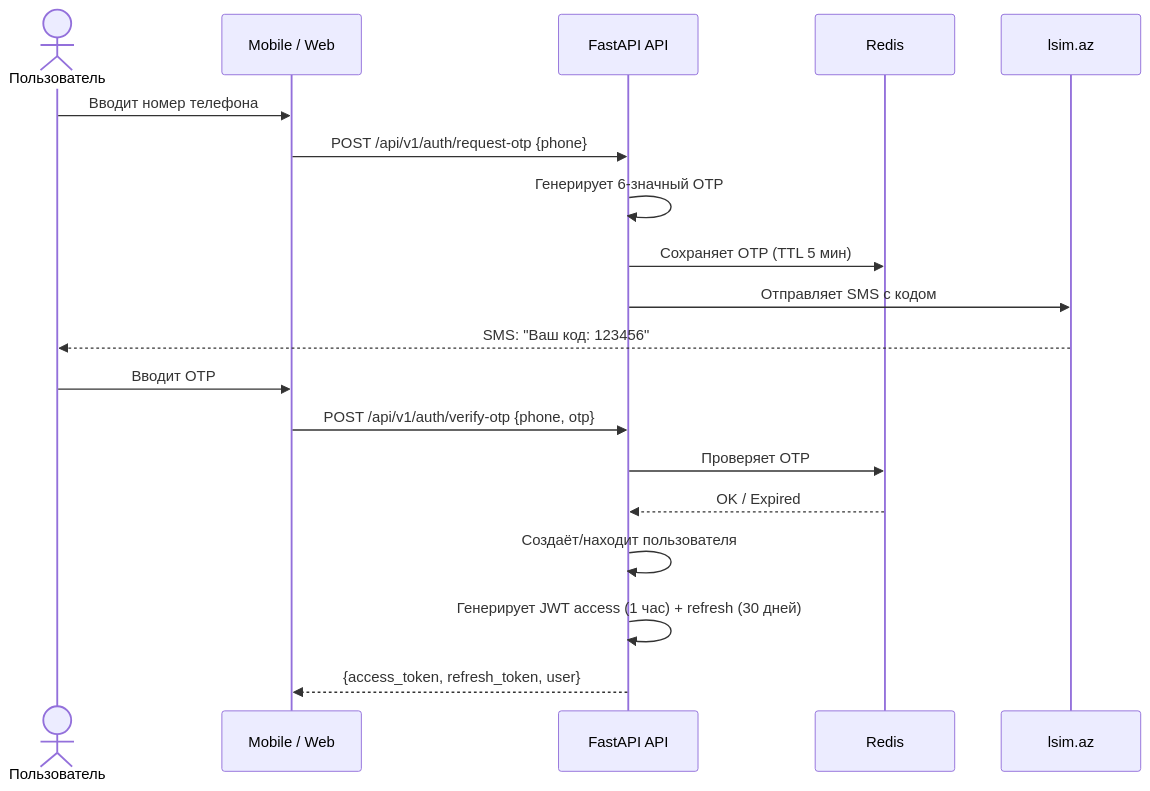
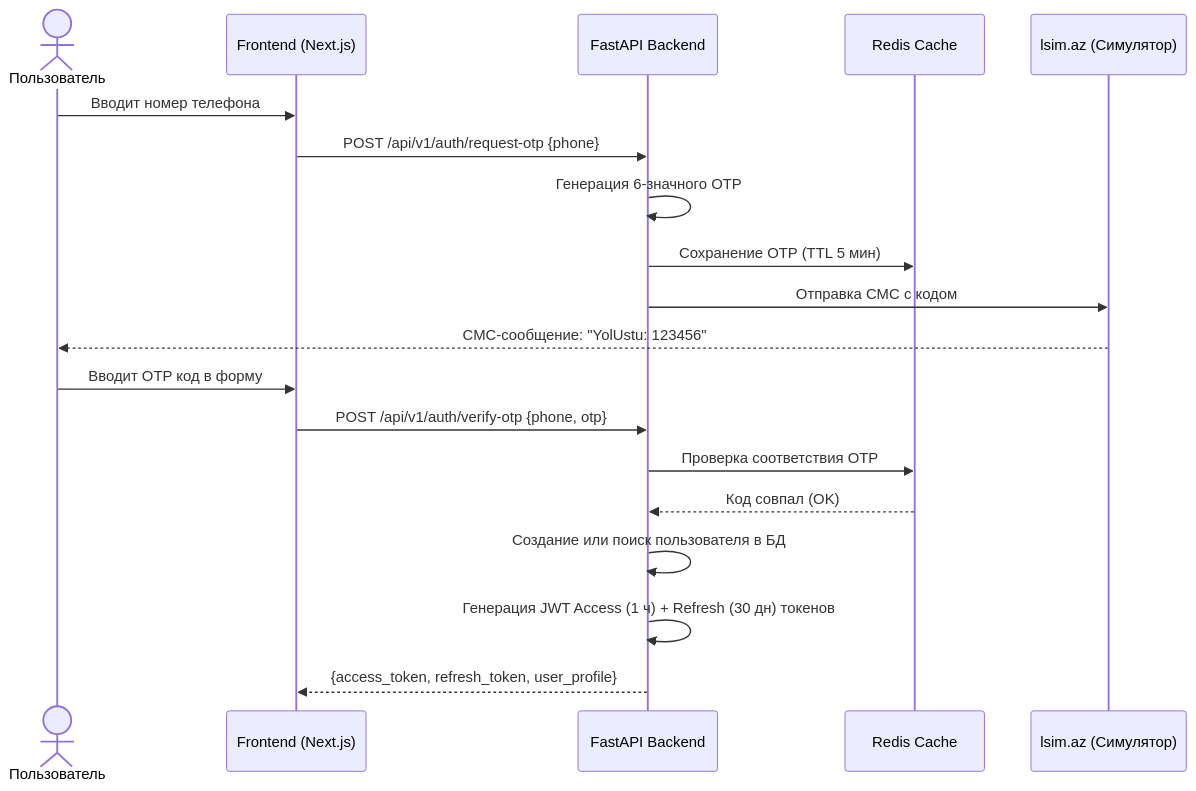
One commit to JosephIsrafilov/yolustu changed the first of 4 diagrams in yolustu_architecture.md. Above: the diagram before and after it, drawn with Mermaid. The commit also changed other lines of this file and 11 other files, not shown here.

Commit message:
Refactor risks and metrics documentation, enhance architecture overview, and update project plan with completed phases and localization details

````diff
--- a/yolustu_architecture.md
+++ b/yolustu_architecture.md
@@ -30,22 +30,22 @@
 ```mermaid
 sequenceDiagram
     actor P as Пользователь
-    participant App as Mobile / Web
-    participant API as FastAPI API
-    participant Redis as Redis
-    participant SMS as lsim.az
+    participant App as Frontend (Next.js)
+    participant API as FastAPI Backend
+    participant Redis as Redis Cache
+    participant SMS as lsim.az (Симулятор)
 
     P->>App: Вводит номер телефона
     App->>API: POST /api/v1/auth/request-otp {phone}
-    API->>API: Генерирует 6-значный OTP
-    API->>Redis: Сохраняет OTP (TTL 5 мин)
-    API->>SMS: Отправляет SMS с кодом
-    SMS-->>P: SMS: "Ваш код: 123456"
-    P->>App: Вводит OTP
+    API->>API: Генерация 6-значного OTP
+    API->>Redis: Сохранение OTP (TTL 5 мин)
+    API->>SMS: Отправка СМС с кодом
+    SMS-->>P: СМС-сообщение: "YolUstu: 123456"
+    P->>App: Вводит OTP код в форму
     App->>API: POST /api/v1/auth/verify-otp {phone, otp}
-    API->>Redis: Проверяет OTP
-    Redis-->>API: OK / Expired
-    API->>API: Создаёт/находит пользователя
-    API->>API: Генерирует JWT access (1 час) + refresh (30 дней)
-    API-->>App: {access_token, refresh_token, user}
+    API->>Redis: Проверка соответствия OTP
+    Redis-->>API: Код совпал (OK)
+    API->>API: Создание или поиск пользователя в БД
+    API->>API: Генерация JWT Access (1 ч) + Refresh (30 дн) токенов
+    API-->>App: {access_token, refresh_token, user_profile}
 ```
````
